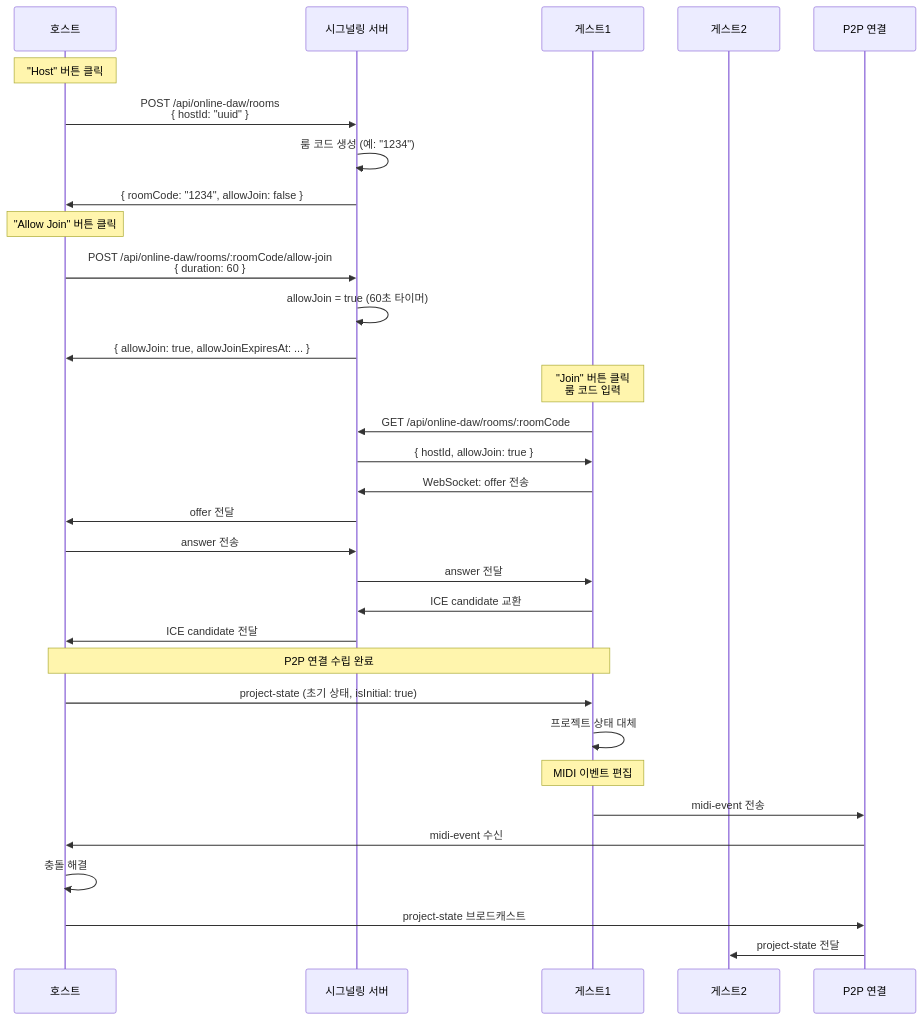
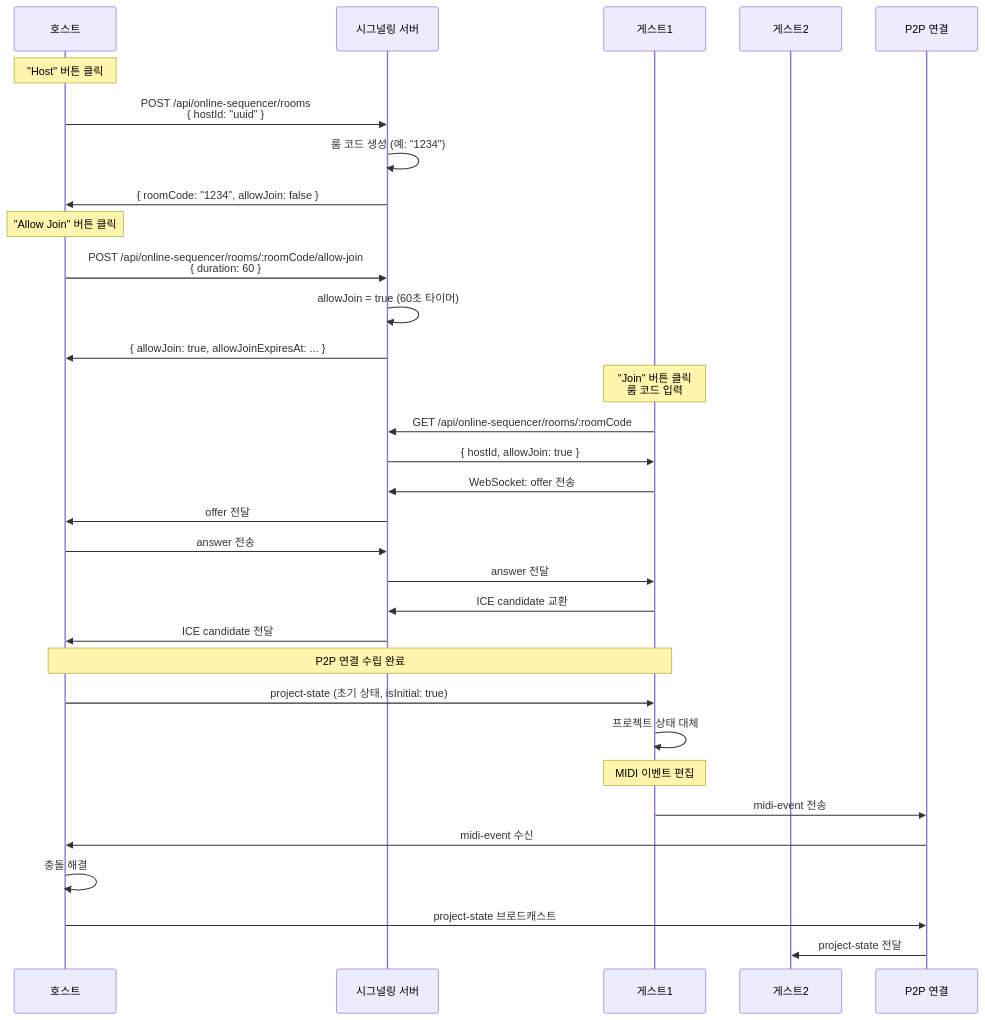
One commit to JaceDashS/online-sequencer changed the diagram in docs/specs/collaboration-specification/server-api.ko.md. Above: the diagram before and after it, drawn with Mermaid. The commit also changed other lines of this file and 16 other files, not shown here.

Commit message:
[refactor] update API endpoints from /api/online-daw to /api/online-sequencer

````diff
--- a/docs/specs/collaboration-specification/server-api.ko.md
+++ b/docs/specs/collaboration-specification/server-api.ko.md
@@ -249,40 +249,40 @@
 ```mermaid
 sequenceDiagram
     participant Host as 호스트
     participant Server as 시그널링 서버
     participant Guest1 as 게스트1
     participant Guest2 as 게스트2
     participant P2P as P2P 연결
 
     Note over Host: "Host" 버튼 클릭
-    Host->>Server: POST /api/online-daw/rooms<br/>{ hostId: "uuid" }
+    Host->>Server: POST /api/online-sequencer/rooms<br/>{ hostId: "uuid" }
     Server->>Server: 룸 코드 생성 (예: "1234")
     Server->>Host: { roomCode: "1234", allowJoin: false }
     
     Note over Host: "Allow Join" 버튼 클릭
-    Host->>Server: POST /api/online-daw/rooms/:roomCode/allow-join<br/>{ duration: 60 }
+    Host->>Server: POST /api/online-sequencer/rooms/:roomCode/allow-join<br/>{ duration: 60 }
     Server->>Server: allowJoin = true (60초 타이머)
     Server->>Host: { allowJoin: true, allowJoinExpiresAt: ... }
     
     Note over Guest1: "Join" 버튼 클릭<br/>룸 코드 입력
-    Guest1->>Server: GET /api/online-daw/rooms/:roomCode
+    Guest1->>Server: GET /api/online-sequencer/rooms/:roomCode
     Server->>Guest1: { hostId, allowJoin: true }
     
     Guest1->>Server: WebSocket: offer 전송
     Server->>Host: offer 전달
     Host->>Server: answer 전송
     Server->>Guest1: answer 전달
     Guest1->>Server: ICE candidate 교환
     Server->>Host: ICE candidate 전달
     
     Note over Guest1,Host: P2P 연결 수립 완료
     Host->>Guest1: project-state (초기 상태, isInitial: true)
     Guest1->>Guest1: 프로젝트 상태 대체
     
     Note over Guest1: MIDI 이벤트 편집
     Guest1->>P2P: midi-event 전송
     P2P->>Host: midi-event 수신
     Host->>Host: 충돌 해결
     Host->>P2P: project-state 브로드캐스트
     P2P->>Guest2: project-state 전달
 ```
````
